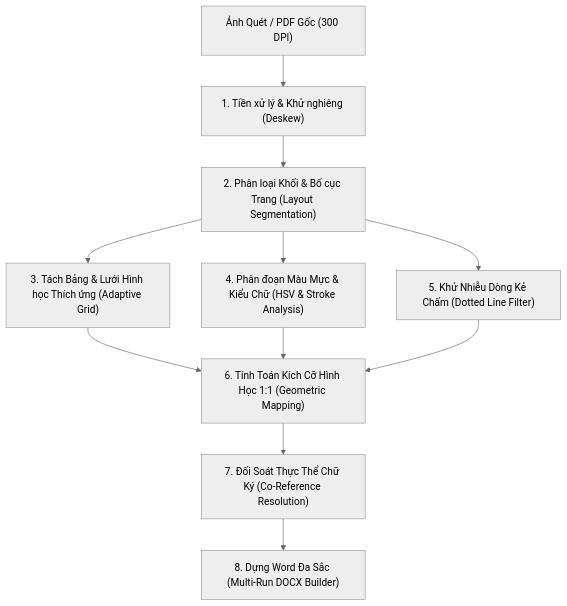
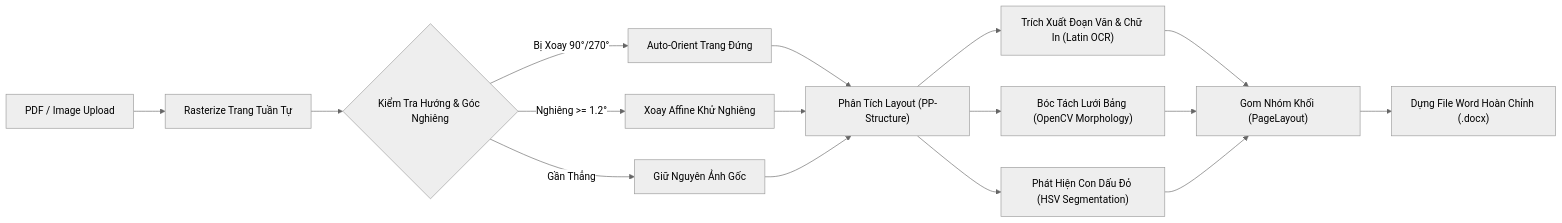
Before and after one commit to kennhope13/OCR-Document: the second of 2 diagrams in README.md, drawn with Mermaid (neutral theme). The commit also changed other lines of this file and 3 other files, not shown here.

Commit message:
docs: rewrite README with unified pipeline architecture, diagrams, sample images, and setup guide

````diff
--- a/README.md
+++ b/README.md
@@ -22,13 +54,18 @@
 ```mermaid
-flowchart TD
-    A["Ảnh Quét / PDF Gốc (300 DPI)"] --> B["1. Tiền xử lý & Khử nghiêng (Deskew)"]
-    B --> C["2. Phân loại Khối & Bố cục Trang (Layout Segmentation)"]
-    C --> D["3. Tách Bảng & Lưới Hình học Thích ứng (Adaptive Grid)"]
-    C --> E["4. Phân đoạn Màu Mực & Kiểu Chữ (HSV & Stroke Analysis)"]
-    C --> F["5. Khử Nhiễu Dòng Kẻ Chấm (Dotted Line Filter)"]
-    D --> G["6. Tính Toán Kích Cỡ Hình Học 1:1 (Geometric Mapping)"]
+flowchart LR
+    A["PDF / Image Upload"] --> B["Rasterize Trang Tuần Tự"]
+    B --> C{"Kiểm Tra Hướng & Góc Nghiêng"}
+    C -->|Bị Xoay 90°/270°| D["Auto-Orient Trang Đứng"]
+    C -->|Nghiêng >= 1.2°| E["Xoay Affine Khử Nghiêng"]
+    C -->|Gần Thẳng| F["Giữ Nguyên Ảnh Gốc"]
+    D --> G["Phân Tích Layout (PP-Structure)"]
     E --> G
     F --> G
-    G --> H["7. Đối Soát Thực Thể Chữ Ký (Co-Reference Resolution)"]
-    H --> I["8. Dựng Word Đa Sắc (Multi-Run DOCX Builder)"]
+    G --> H["Trích Xuất Đoạn Văn & Chữ In (Latin OCR)"]
+    G --> I["Bóc Tách Lưới Bảng (OpenCV Morphology)"]
+    G --> J["Phát Hiện Con Dấu Đỏ (HSV Segmentation)"]
+    H --> K["Gom Nhóm Khối (PageLayout)"]
+    I --> K
+    J --> K
+    K --> L["Dựng File Word Hoàn Chỉnh (.docx)"]
 ```
````
